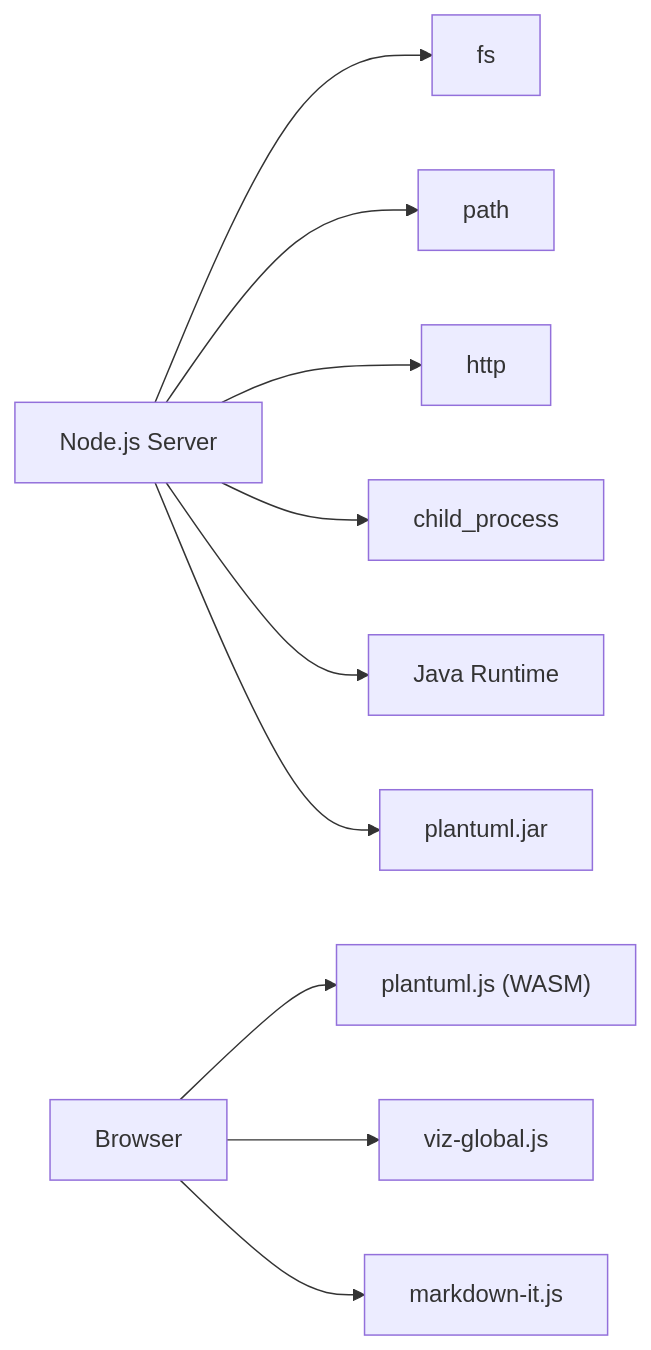
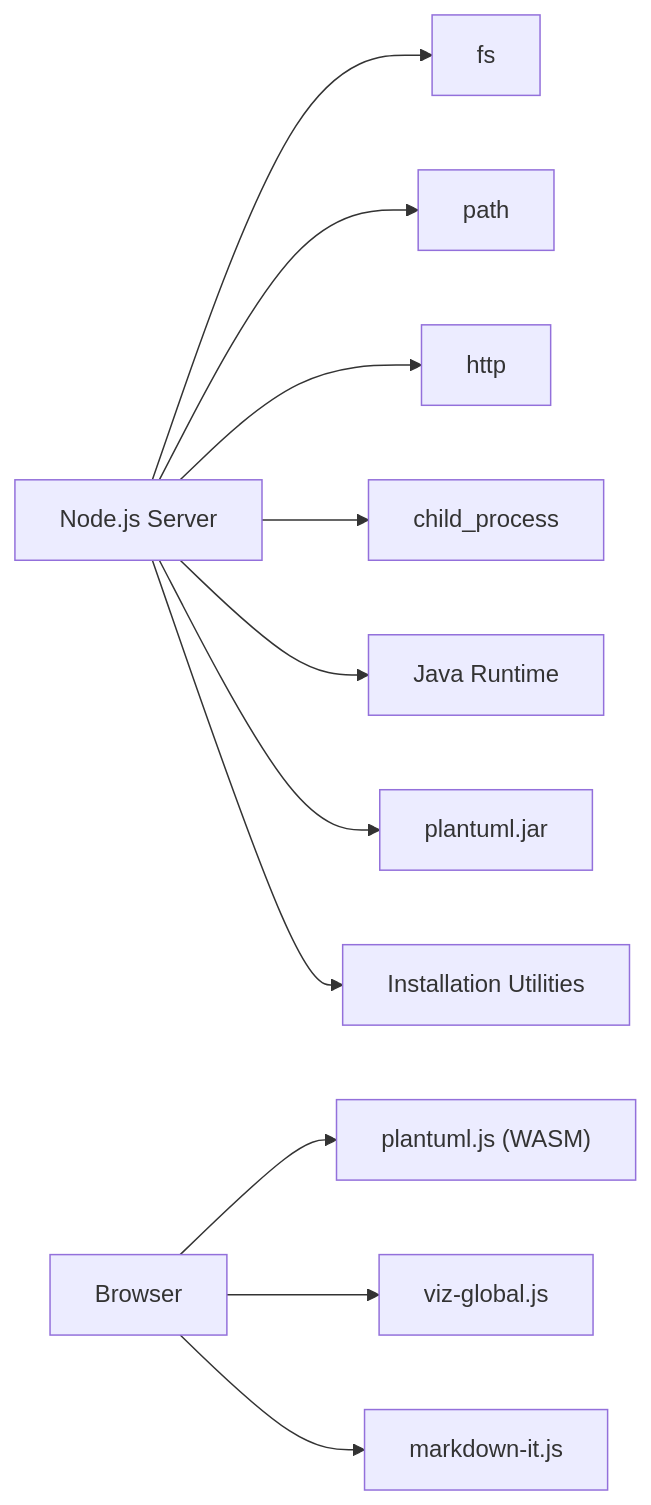
Before and after one commit to pingwurth/code-to-uml: the seventh of 8 diagrams in .qoder/repowiki/en/content/Deployment and Production.md, drawn with Mermaid. The commit also changed other lines of this file and 21 other files, not shown here.

Commit message:
chore(docs): 删除 Code-To-UML 介绍文档

````diff
--- a/.qoder/repowiki/en/content/Deployment and Production.md
+++ b/.qoder/repowiki/en/content/Deployment and Production.md
@@ -198,12 +240,13 @@
 ```mermaid
 graph LR
 Node["Node.js Server"] --> FS["fs"]
 Node --> PATH["path"]
 Node --> HTTP["http"]
 Node --> CP["child_process"]
 Node --> JAVA["Java Runtime"]
 Node --> PUJar["plantuml.jar"]
+Node --> InstallUtils["Installation Utilities"]
 Client["Browser"] --> WASM["plantuml.js (WASM)"]
 Client --> Viz["viz-global.js"]
 Client --> MD["markdown-it.js"]
 ```
````
